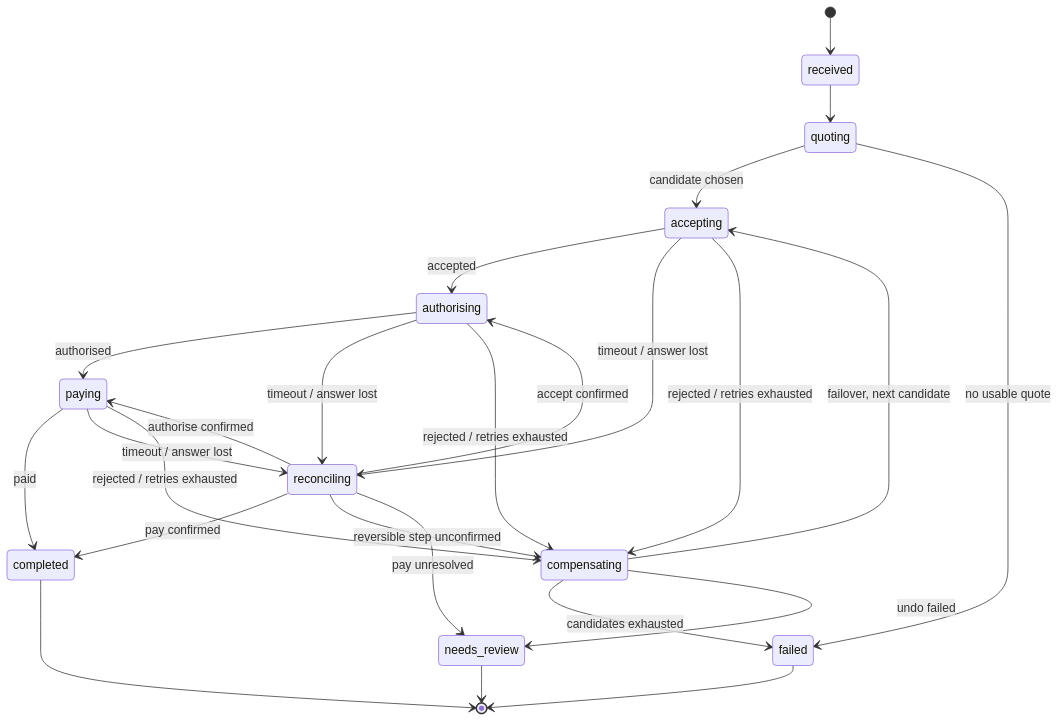
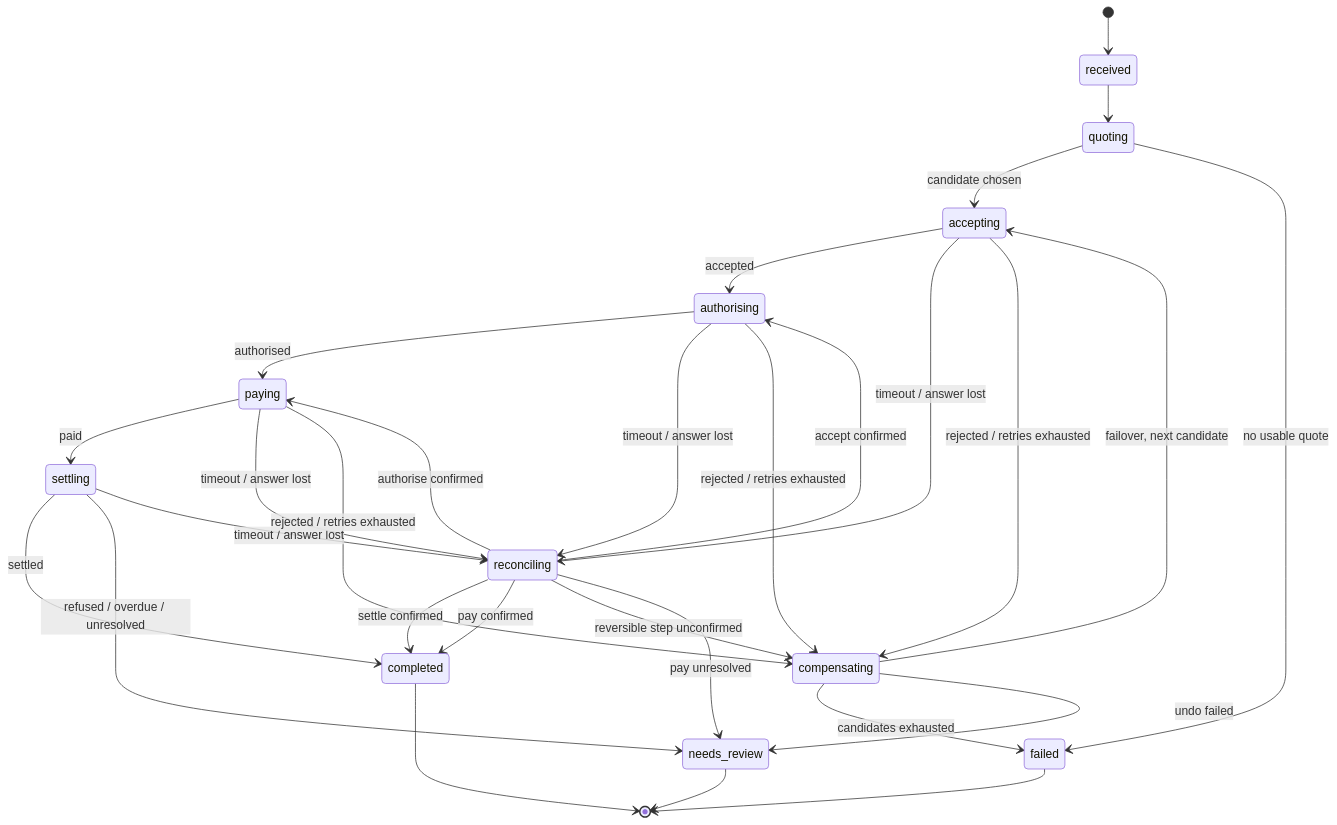
Before and after one commit to robbrown-net/actor-tx-spike: the seventh of 8 diagrams in docs/architecture/04-design-sequences-and-activities.md, drawn with Mermaid. The commit also changed other lines of this file and 15 other files, not shown here.

First line of the commit message:
docs: refresh architecture, ADR 0007, quality snapshot, story and report

````diff
--- a/docs/architecture/04-design-sequences-and-activities.md
+++ b/docs/architecture/04-design-sequences-and-activities.md
@@ -177,27 +199,31 @@
 ```mermaid
 stateDiagram-v2
     [*] --> received
     received --> quoting
     quoting --> accepting : candidate chosen
     quoting --> failed : no usable quote
     accepting --> authorising : accepted
     authorising --> paying : authorised
-    paying --> completed : paid
+    paying --> settling : paid
+    settling --> completed : settled
+    settling --> needs_review : refused / overdue / unresolved
+    settling --> reconciling : timeout / answer lost
+    reconciling --> completed : settle confirmed
     accepting --> reconciling : timeout / answer lost
     authorising --> reconciling : timeout / answer lost
     paying --> reconciling : timeout / answer lost
     reconciling --> authorising : accept confirmed
     reconciling --> paying : authorise confirmed
     reconciling --> completed : pay confirmed
     reconciling --> compensating : reversible step unconfirmed
     reconciling --> needs_review : pay unresolved
     accepting --> compensating : rejected / retries exhausted
     authorising --> compensating : rejected / retries exhausted
     paying --> compensating : rejected / retries exhausted
     compensating --> accepting : failover, next candidate
     compensating --> failed : candidates exhausted
     compensating --> needs_review : undo failed
     completed --> [*]
     failed --> [*]
     needs_review --> [*]
 ```
````
